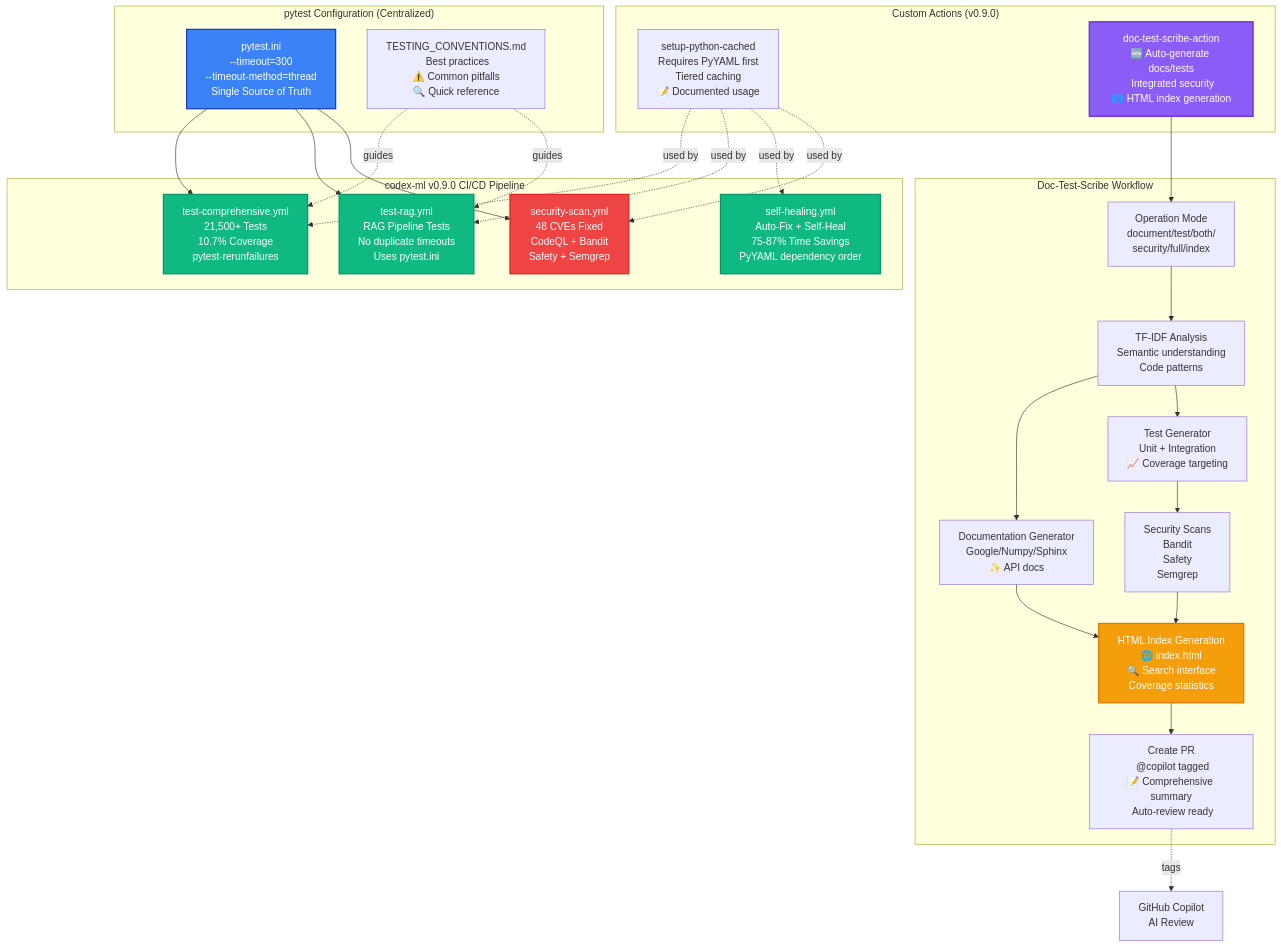
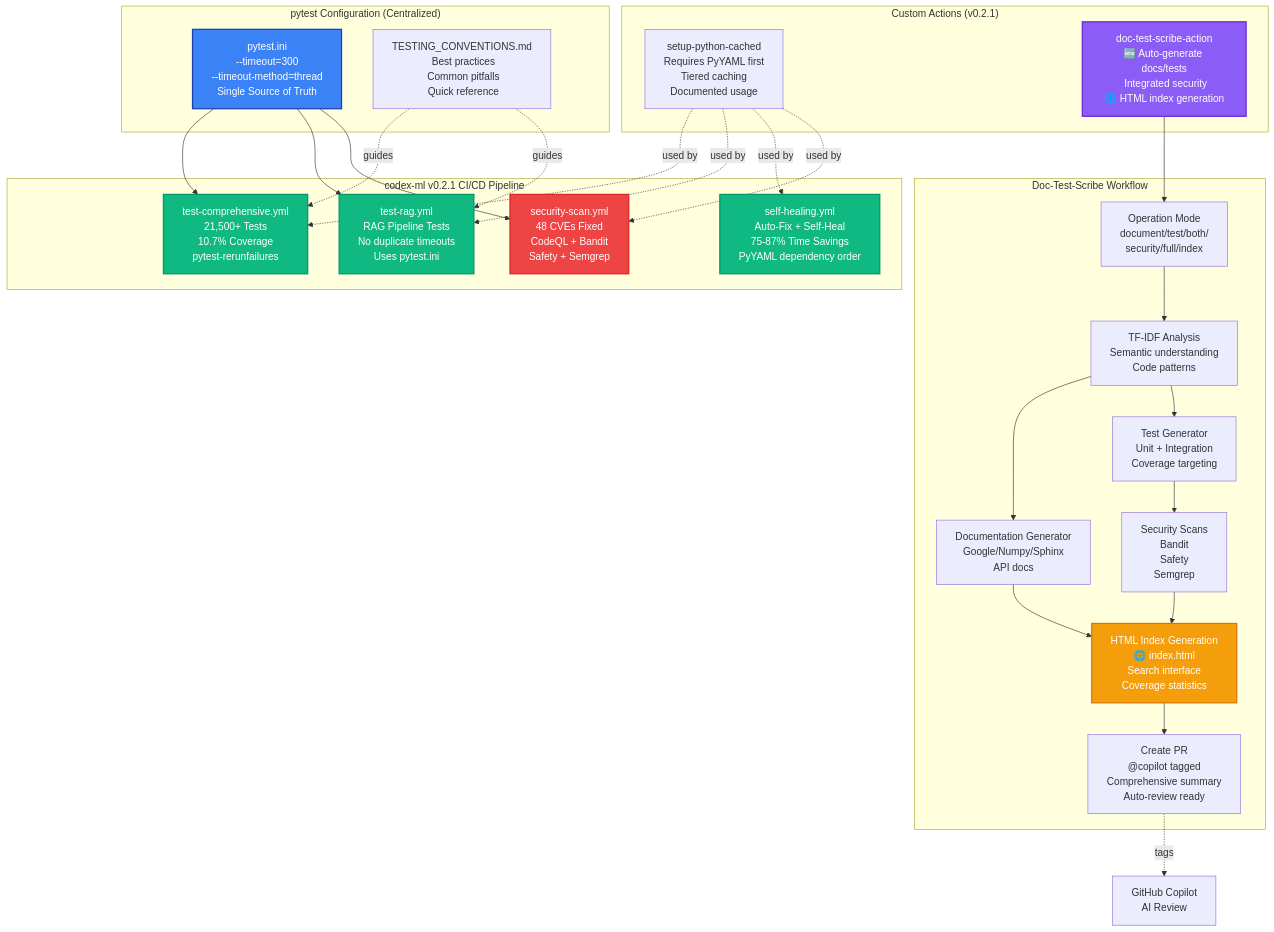
Before and after one commit to Aries-Serpent/_codex_: the first of 14 diagrams in docs/REPOSITORY_ARCHITECTURE_DIAGRAMS.md, drawn with Mermaid. The commit also changed other lines of this file and 1989 other files, not shown here.

First line of the commit message:
docs: Site-First Documentation Initiative - 4-lane professional refresh (#5300)

````diff
--- a/docs/REPOSITORY_ARCHITECTURE_DIAGRAMS.md
+++ b/docs/REPOSITORY_ARCHITECTURE_DIAGRAMS.md
@@ -31,65 +31,65 @@
 ```mermaid
 %%{init: {'accessibility': {'title': 'Diagram showing test-comprehensive.yml<br/> 21,500+ Tests<br/>10.7% Coverage<br/> pytest-rerunfailures, test-rag.yml<br/> RAG Pipeline Tests<br/> No duplicate timeouts<br/> Uses pytest.ini'}}%%
 graph TB
-    subgraph "codex-ml v0.9.0 CI/CD Pipeline"
+    subgraph "codex-ml v0.2.1 CI/CD Pipeline"
         TC[test-comprehensive.yml<br/> 21,500+ Tests<br/>10.7% Coverage<br/> pytest-rerunfailures]
         TR[test-rag.yml<br/> RAG Pipeline Tests<br/> No duplicate timeouts<br/> Uses pytest.ini]
         SH[self-healing.yml<br/> Auto-Fix + Self-Heal<br/> 75-87% Time Savings<br/> PyYAML dependency order]
         SEC[security-scan.yml<br/> 48 CVEs Fixed<br/> CodeQL + Bandit<br/> Safety + Semgrep]
     end
 
     subgraph "pytest Configuration (Centralized)"
         PI[pytest.ini<br/>--timeout=300<br/>--timeout-method=thread<br/> Single Source of Truth]
-        CONV[TESTING_CONVENTIONS.md<br/> Best practices<br/>⚠️ Common pitfalls<br/>🔍 Quick reference]
+        CONV[TESTING_CONVENTIONS.md<br/> Best practices<br/>️ Common pitfalls<br/> Quick reference]
     end
 
-    subgraph "Custom Actions (v0.9.0)"
-        SPC[setup-python-cached<br/> Requires PyYAML first<br/> Tiered caching<br/>📝 Documented usage]
+    subgraph "Custom Actions (v0.2.1)"
+        SPC[setup-python-cached<br/> Requires PyYAML first<br/> Tiered caching<br/> Documented usage]
         DTS[doc-test-scribe-action<br/>🆕 Auto-generate docs/tests<br/> Integrated security<br/>🌐 HTML index generation]
     end
 
     subgraph "Doc-Test-Scribe Workflow"
         MODE[Operation Mode<br/>document/test/both/<br/>security/full/index]
         ANALYZE[TF-IDF Analysis<br/> Semantic understanding<br/> Code patterns]
-        GENDOC[Documentation Generator<br/> Google/Numpy/Sphinx<br/>✨ API docs]
-        GENTEST[Test Generator<br/> Unit + Integration<br/>📈 Coverage targeting]
+        GENDOC[Documentation Generator<br/> Google/Numpy/Sphinx<br/> API docs]
+        GENTEST[Test Generator<br/> Unit + Integration<br/> Coverage targeting]
         SECURITY[Security Scans<br/> Bandit<br/> Safety<br/> Semgrep]
-        HTML[HTML Index Generation<br/>🌐 index.html<br/>🔍 Search interface<br/> Coverage statistics]
-        PR[Create PR<br/> @copilot tagged<br/>📝 Comprehensive summary<br/> Auto-review ready]
+        HTML[HTML Index Generation<br/>🌐 index.html<br/> Search interface<br/> Coverage statistics]
+        PR[Create PR<br/> @copilot tagged<br/> Comprehensive summary<br/> Auto-review ready]
     end
 
     %% Configuration flows
     PI --> TC
     PI --> TR
     PI --> SEC
     CONV -.guides.-> TC
     CONV -.guides.-> TR
 
     %% Custom action usage
     SPC -.used by.-> TC
     SPC -.used by.-> TR
     SPC -.used by.-> SH
     SPC -.used by.-> SEC
 
     %% Doc-Test-Scribe workflow
     MODE --> ANALYZE
     ANALYZE --> GENDOC
     ANALYZE --> GENTEST
     GENDOC --> HTML
     GENTEST --> SECURITY
     SECURITY --> HTML
     HTML --> PR
 
     %% Integration points
     DTS --> MODE
     PR -.tags.-> Copilot[GitHub Copilot<br/> AI Review]
 
-    %% Styling v0.9.0
+    %% Styling v0.2.1
     style TC fill:#10b981,stroke:#059669,stroke-width:2px,color:#fff
     style TR fill:#10b981,stroke:#059669,stroke-width:2px,color:#fff
     style SH fill:#10b981,stroke:#059669,stroke-width:2px,color:#fff
     style SEC fill:#ef4444,stroke:#dc2626,stroke-width:2px,color:#fff
     style PI fill:#3b82f6,stroke:#1e40af,stroke-width:2px,color:#fff
     style DTS fill:#8b5cf6,stroke:#6d28d9,stroke-width:2px,color:#fff
     style HTML fill:#f59e0b,stroke:#d97706,stroke-width:2px,color:#fff
 ```
````
